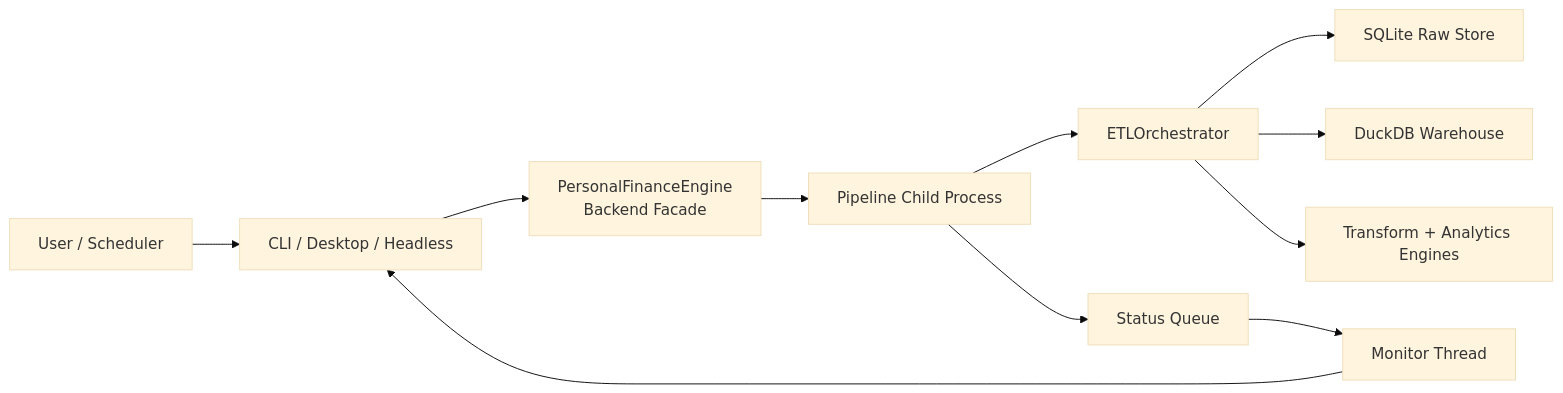
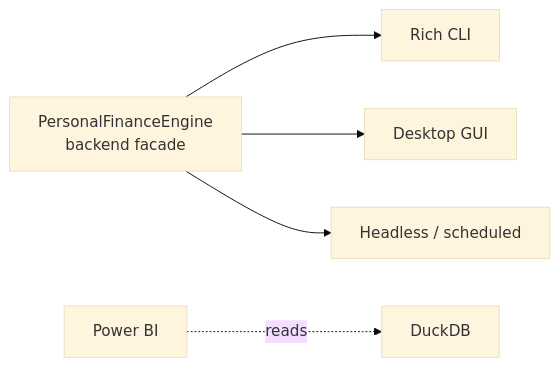
The third of 5 diagrams in docs/architecture/system-architecture.md (tks18/personal-finance-etl), drawn with Mermaid (base theme) before and after one commit. The commit also changed other lines of this file and 5 other files, not shown here.

Commit message:
docs: refactor architecture docs to reflect recent changes

````diff
--- a/docs/architecture/system-architecture.md
+++ b/docs/architecture/system-architecture.md
@@ -778,13 +97,13 @@
 ```mermaid
 flowchart LR
-    USER["User / Scheduler"] --> FRONT["CLI / Desktop / Headless"]
-    FRONT --> API["PersonalFinanceEngine<br/>Backend Facade"]
-    API --> PROC["Pipeline Child Process"]
-    PROC --> ETL["ETLOrchestrator"]
-    ETL --> RAW["SQLite Raw Store"]
-    ETL --> DB["DuckDB Warehouse"]
-    ETL --> ENGINES["Transform + Analytics Engines"]
-    PROC --> QUEUE["Status Queue"]
-    QUEUE --> MON["Monitor Thread"]
-    MON --> FRONT
+    API["PersonalFinanceEngine<br/>backend facade"]
+    CLI["Rich CLI"]
+    GUI["Desktop GUI"]
+    AUTO["Headless / scheduled"]
+    BI["Power BI"]
+
+    API --> CLI
+    API --> GUI
+    API --> AUTO
+    BI -. reads .-> WH["DuckDB"]
 ```
````
